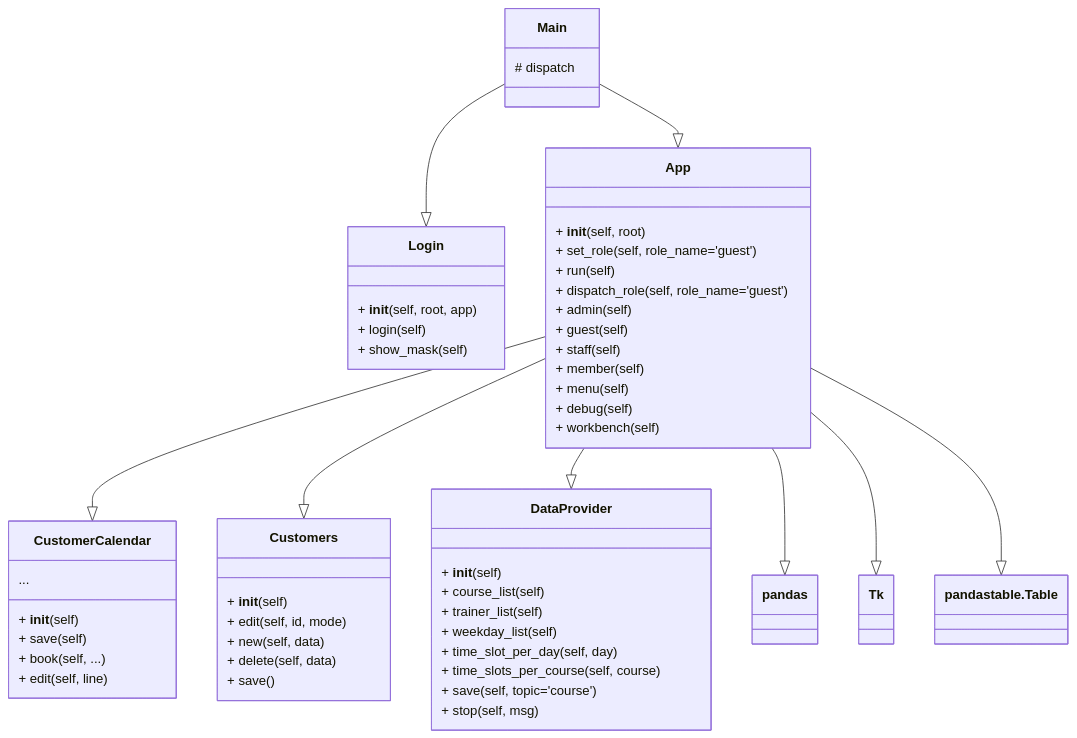
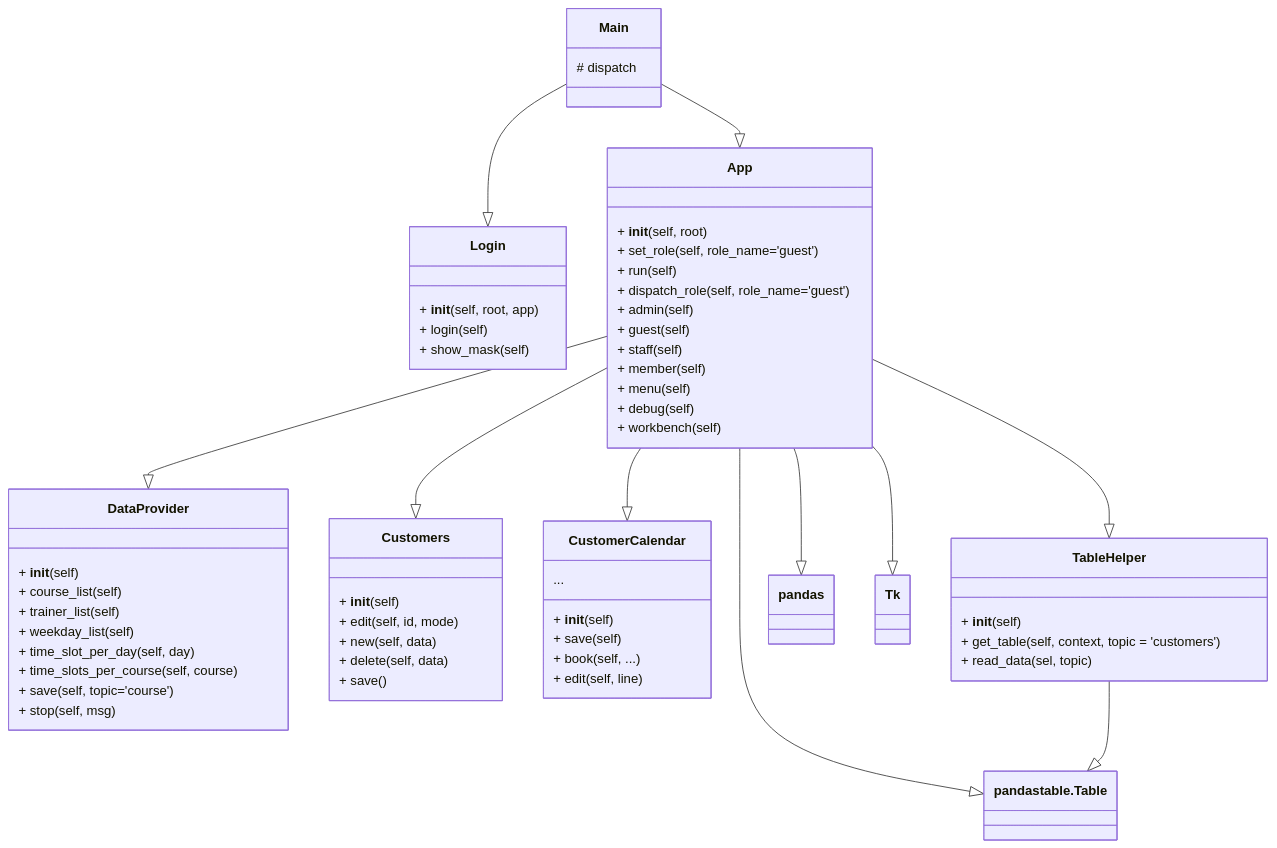
Before and after one commit to icewomen-hub/customer_calendar: the third of 3 diagrams in src/tech_doc.md, drawn with Mermaid.

Commit message:
Extending technical doq

````diff
--- a/src/tech_doc.md
+++ b/src/tech_doc.md
@@ -52,69 +52,78 @@
 ```mermaid
 classDiagram
 
  
     
     class Main{
         # dispatch
     }
 
     class Login{
         + __init__(self, root, app)
         + login(self)
         + show_mask(self)
     }
 
     class App{
         + __init__(self, root)
         + set_role(self, role_name='guest')
         + run(self)
         + dispatch_role(self, role_name='guest')
         + admin(self)
         + guest(self)
         + staff(self)
         + member(self)
         + menu(self)
         + debug(self)
         + workbench(self)
    }
 
     class DataProvider{
         + __init__(self)
         + course_list(self)
         + trainer_list(self)
         + weekday_list(self)
         + time_slot_per_day(self, day)
         + time_slots_per_course(self, course)
         + save(self, topic='course')
         + stop(self, msg)
     }
 
     class Customers{
         + __init__(self)
         + edit(self, id, mode)
         + new(self, data)
         + delete(self, data)
         + save()
     }
 
    class CustomerCalendar{
         + __init__(self)
         + save(self)
         + book(self, ...)
         + edit(self, line)
         ...
    }
 
+   class TableHelper{
+    + __init__(self)
+    + get_table(self, context, topic = 'customers')
+    + read_data(sel, topic)
+   }
+
     Main --|> App
     Main  --|> Login
 
     App  --|> CustomerCalendar
     App  --|> Customers
     App  --|> DataProvider
 
     App  --|> pandas
     App  --|> Tk
     App  --|> pandastable.Table
 
+    App --|> TableHelper
+    TableHelper --|> pandastable.Table
+
 
 ```
````
